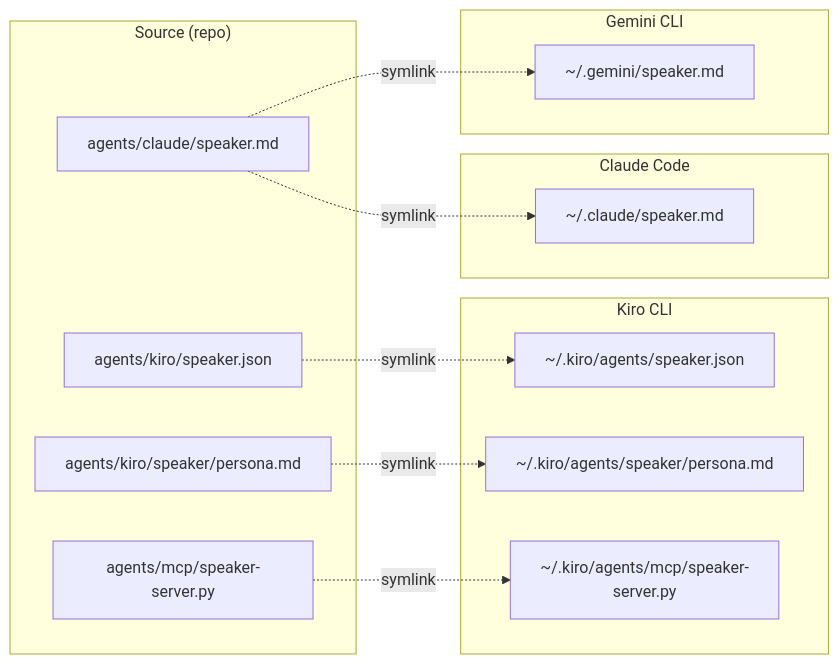
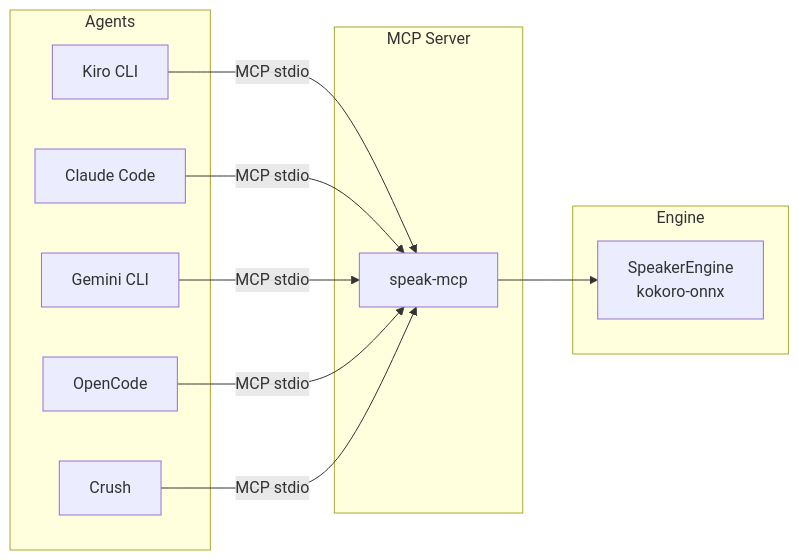
The second of 2 diagrams in docs/agent-install.md (NetDevAutomate/Agent-Speaker), drawn with Mermaid before and after one commit. The commit also changed other lines of this file and 22 other files, not shown here.

First line of the commit message:
refactor: MCP-first architecture with shared engine, remove legacy wrapper

````diff
--- a/docs/agent-install.md
+++ b/docs/agent-install.md
@@ -40,29 +43,25 @@
 ```mermaid
 graph LR
-    subgraph "Source (repo)"
-        S1[agents/kiro/speaker.json]
-        S2[agents/kiro/speaker/persona.md]
-        S3[agents/mcp/speaker-server.py]
-        S4[agents/claude/speaker.md]
+    subgraph "Agents"
+        K[Kiro CLI]
+        C[Claude Code]
+        G[Gemini CLI]
+        O[OpenCode]
+        CR[Crush]
     end
 
-    subgraph "Kiro CLI"
-        K1[~/.kiro/agents/speaker.json]
-        K2[~/.kiro/agents/speaker/persona.md]
-        K3[~/.kiro/agents/mcp/speaker-server.py]
+    subgraph "MCP Server"
+        S[speak-mcp]
     end
 
-    subgraph "Claude Code"
-        C1[~/.claude/speaker.md]
+    subgraph "Engine"
+        E[SpeakerEngine<br/>kokoro-onnx]
     end
 
-    subgraph "Gemini CLI"
-        G1[~/.gemini/speaker.md]
-    end
-
-    S1 -.->|symlink| K1
-    S2 -.->|symlink| K2
-    S3 -.->|symlink| K3
-    S4 -.->|symlink| C1
-    S4 -.->|symlink| G1
+    K -->|MCP stdio| S
+    C -->|MCP stdio| S
+    G -->|MCP stdio| S
+    O -->|MCP stdio| S
+    CR -->|MCP stdio| S
+    S --> E
 ```
````
